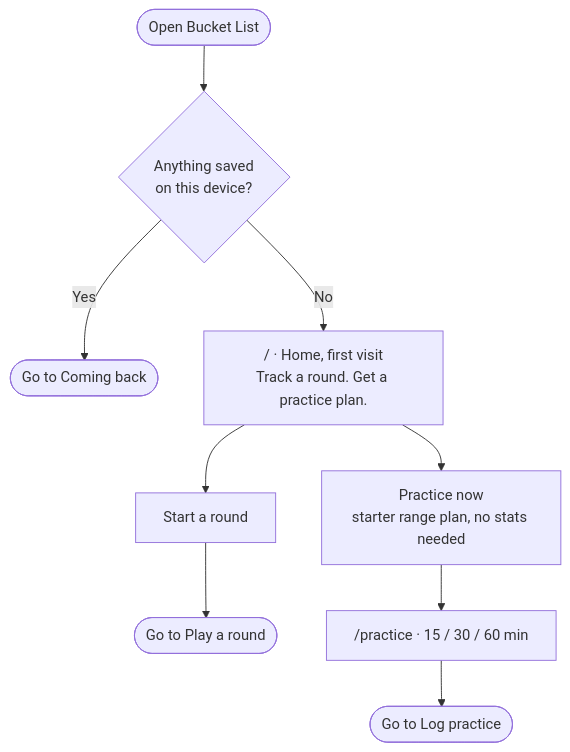
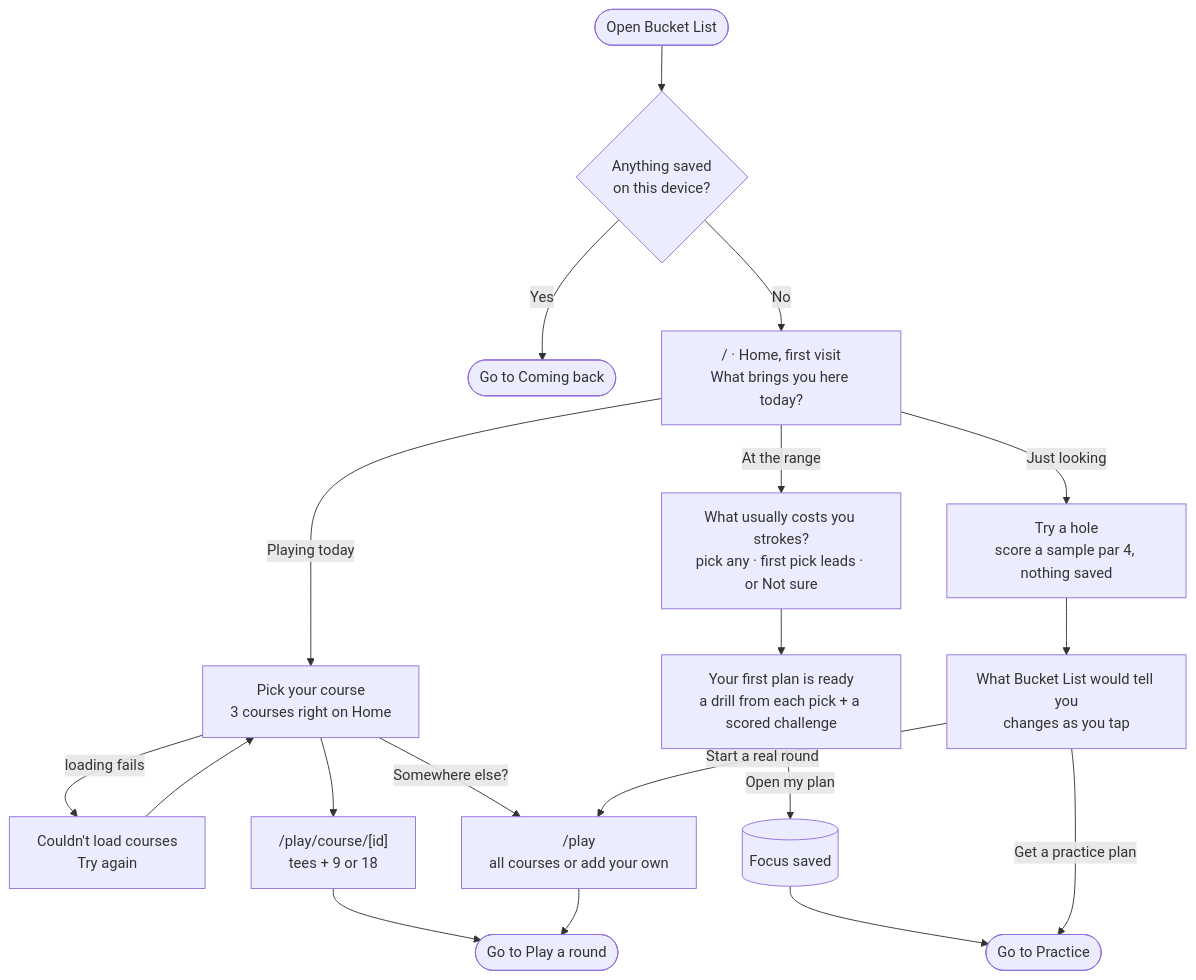
One commit to apham799/DesignBuildShip_Assignment3 changed the second of 5 diagrams in README.md. Above: the diagram before and after it, drawn with Mermaid. The commit also changed other lines of this file and 1 other file, not shown here.

First line of the commit message:
Update flow diagrams for the new onboarding

````diff
--- a/README.md
+++ b/README.md
@@ -29,11 +35,24 @@
 ```mermaid
 flowchart TD
   open(["Open Bucket List"]) --> check{"Anything saved<br/>on this device?"}
   check -- "Yes" --> back(["Go to Coming back"])
-  check -- "No" --> home["/ · Home, first visit<br/>Track a round. Get a practice plan."]
-  home --> play["Start a round"]
-  home --> starter["Practice now<br/>starter range plan, no stats needed"]
-  play --> round(["Go to Play a round"])
-  starter --> plan["/practice · 15 / 30 / 60 min"]
-  plan --> log(["Go to Log practice"])
+  check -- "No" --> home["/ · Home, first visit<br/>What brings you here today?"]
+
+  home -- "Playing today" --> courses["Pick your course<br/>3 courses right on Home"]
+  courses -- "loading fails" --> cerr["Couldn't load courses<br/>Try again"]
+  cerr --> courses
+  courses --> setup["/play/course/[id]<br/>tees + 9 or 18"]
+  courses -- "Somewhere else?" --> all["/play<br/>all courses or add your own"]
+  setup --> round(["Go to Play a round"])
+  all --> round
+
+  home -- "At the range" --> leak["What usually costs you strokes?<br/>pick any · first pick leads · or Not sure"]
+  leak --> ready["Your first plan is ready<br/>a drill from each pick + a scored challenge"]
+  ready -- "Open my plan" --> focus[("Focus saved")]
+  focus --> plan(["Go to Practice"])
+
+  home -- "Just looking" --> try["Try a hole<br/>score a sample par 4, nothing saved"]
+  try --> insight["What Bucket List would tell you<br/>changes as you tap"]
+  insight -- "Start a real round" --> all
+  insight -- "Get a practice plan" --> plan
 ```
````
